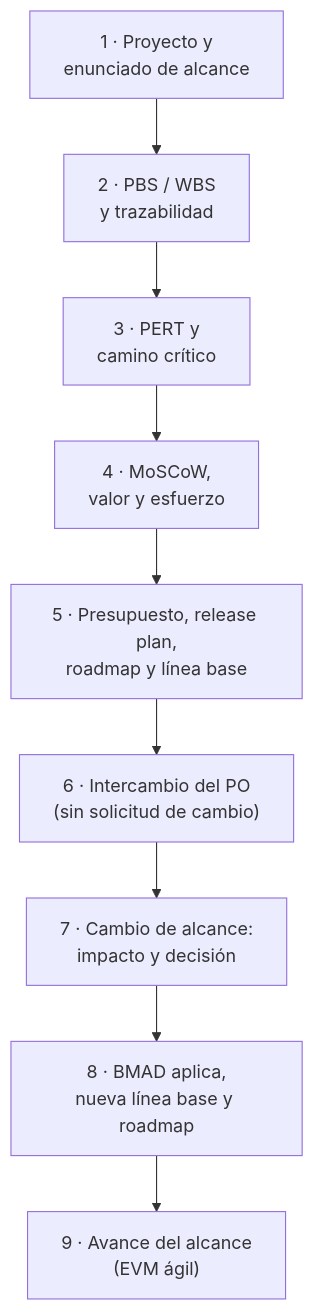
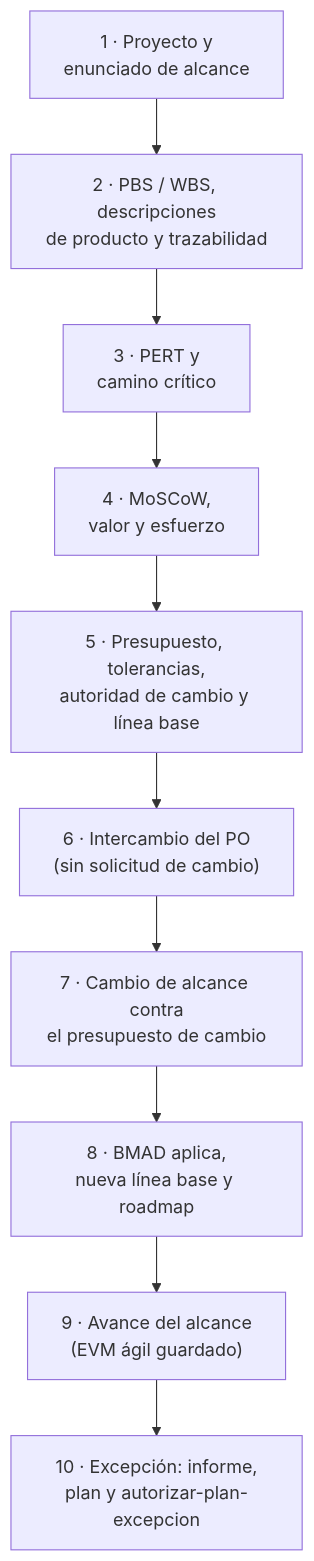
Before and after one commit to Arturo-Penas-Rial/pm-method: the first of 6 diagrams in docs/guias/E2E-2-alcance-roadmap.md, drawn with Mermaid. The commit also changed other lines of this file and 144 other files, not shown here.

````diff
--- a/docs/guias/E2E-2-alcance-roadmap.md
+++ b/docs/guias/E2E-2-alcance-roadmap.md
@@ -16,10 +20,11 @@
 ```mermaid
 flowchart TB
-    a["1 · Proyecto y<br/>enunciado de alcance"] --> b["2 · PBS / WBS<br/>y trazabilidad"]
+    a["1 · Proyecto y<br/>enunciado de alcance"] --> b["2 · PBS / WBS, descripciones<br/>de producto y trazabilidad"]
     b --> c["3 · PERT y<br/>camino crítico"] --> d["4 · MoSCoW,<br/>valor y esfuerzo"]
-    d --> e["5 · Presupuesto, release plan,<br/>roadmap y línea base"]
+    d --> e["5 · Presupuesto, tolerancias,<br/>autoridad de cambio y línea base"]
     e --> f["6 · Intercambio del PO<br/>(sin solicitud de cambio)"]
-    f --> g["7 · Cambio de alcance:<br/>impacto y decisión"]
+    f --> g["7 · Cambio de alcance contra<br/>el presupuesto de cambio"]
     g --> h["8 · BMAD aplica,<br/>nueva línea base y roadmap"]
-    h --> i["9 · Avance del alcance<br/>(EVM ágil)"]
+    h --> i["9 · Avance del alcance<br/>(EVM ágil guardado)"]
+    i --> j["10 · Excepción: informe,<br/>plan y autorizar-plan-excepcion"]
 ```
````
